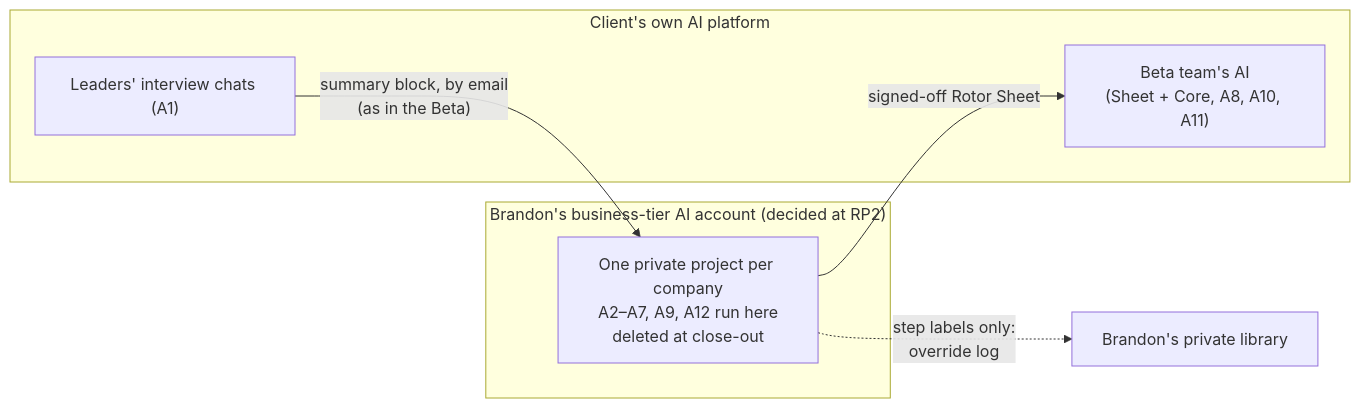
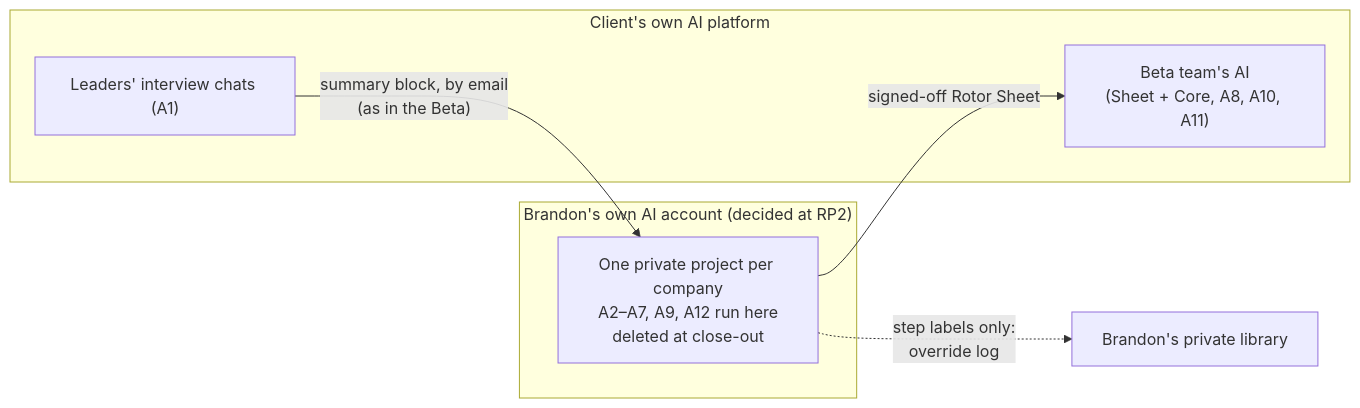
The third of 3 diagrams in rotor/product/rp2-spec.md (FranklinKinetics/Labs-Agents), drawn with Mermaid before and after one commit. The commit also changed other lines of this file and 14 other files, not shown here.

First line of the commit message:
rotor-product: RP3 — AI account is a one-person plan with training off (Brandon's decision); client copy updated to match

````diff
--- a/rotor/product/rp2-spec.md
+++ b/rotor/product/rp2-spec.md
@@ -251,13 +251,13 @@
 ```mermaid
 flowchart LR
   subgraph CLIENT["Client's own AI platform"]
     L["Leaders' interview chats (A1)"]
     T["Beta team's AI<br/>(Sheet + Core, A8, A10, A11)"]
   end
-  subgraph BR["Brandon's business-tier AI account (decided at RP2)"]
+  subgraph BR["Brandon's own AI account (decided at RP2)"]
     W["One private project per company<br/>A2–A7, A9, A12 run here<br/>deleted at close-out"]
   end
   L -->|"summary block, by email<br/>(as in the Beta)"| W
   W -->|"signed-off Rotor Sheet"| T
   W -.->|"step labels only:<br/>override log"| LIB["Brandon's private library"]
 ```
````
